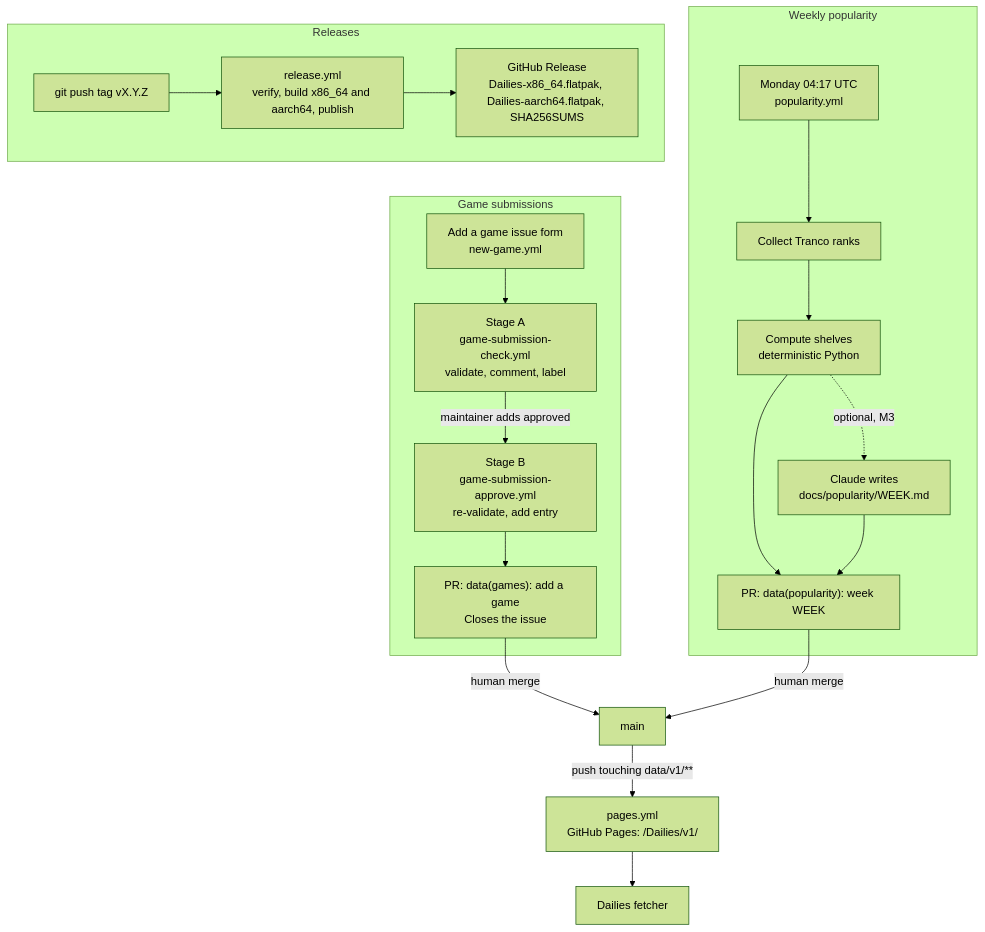
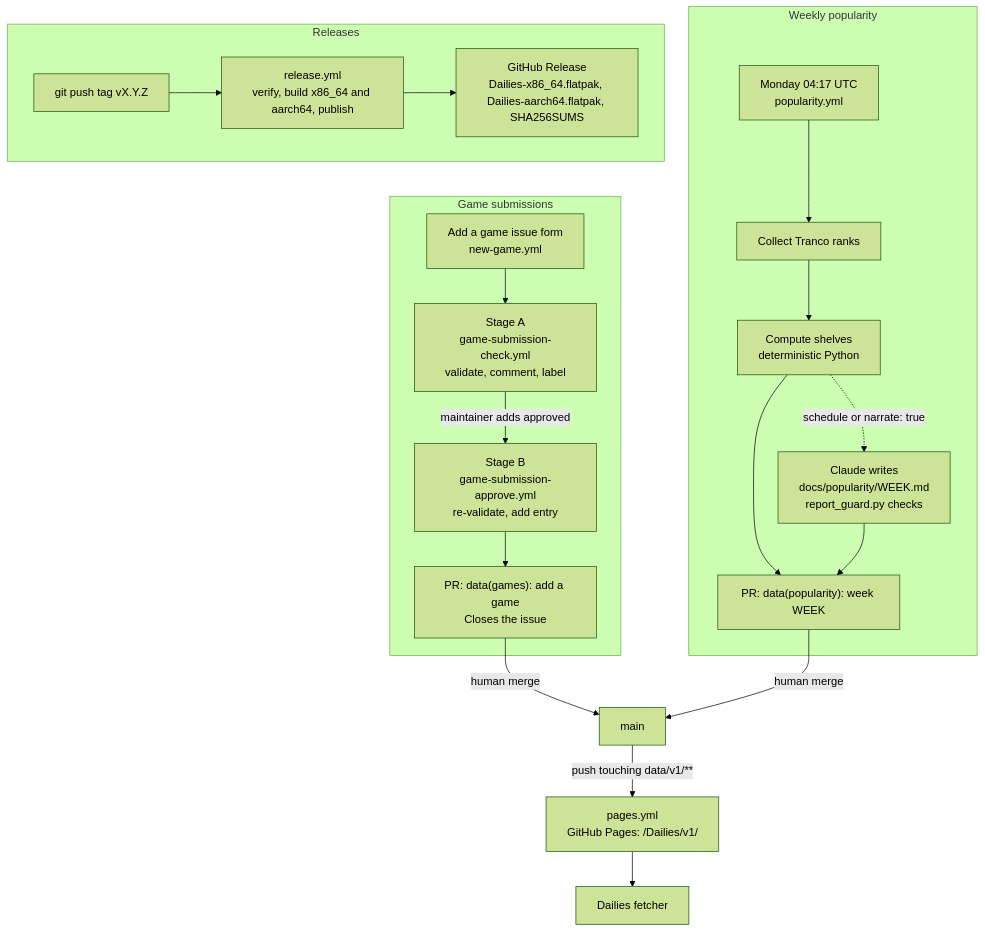
The second of 2 diagrams in docs/architecture.md (Tim-van-Oudheusden/Dailies), drawn with Mermaid (forest theme) before and after one commit. The commit also changed other lines of this file and 7 other files, not shown here.

````diff
--- a/docs/architecture.md
+++ b/docs/architecture.md
@@ -209,23 +209,23 @@
 ```mermaid
 flowchart TD
   subgraph submit["Game submissions"]
     FORM["Add a game issue form<br/>new-game.yml"] --> A["Stage A<br/>game-submission-check.yml<br/>validate, comment, label"]
     A -->|"maintainer adds approved"| B["Stage B<br/>game-submission-approve.yml<br/>re-validate, add entry"]
     B --> PR1["PR: data(games): add a game<br/>Closes the issue"]
   end
   subgraph weekly["Weekly popularity"]
     CRON["Monday 04:17 UTC<br/>popularity.yml"] --> COLLECT["Collect Tranco ranks"]
     COLLECT --> COMPUTE["Compute shelves<br/>deterministic Python"]
-    COMPUTE -.->|"optional, M3"| REPORT["Claude writes<br/>docs/popularity/WEEK.md"]
+    COMPUTE -.->|"schedule or narrate: true"| REPORT["Claude writes<br/>docs/popularity/WEEK.md<br/>report_guard.py checks"]
     COMPUTE --> PR2["PR: data(popularity): week WEEK"]
     REPORT --> PR2
   end
   PR1 -->|"human merge"| MAIN["main"]
   PR2 -->|"human merge"| MAIN
   MAIN -->|"push touching data/v1/**"| PAGES["pages.yml<br/>GitHub Pages: /Dailies/v1/"]
   PAGES --> APP["Dailies fetcher"]
   subgraph release["Releases"]
     TAG["git push tag vX.Y.Z"] --> REL["release.yml<br/>verify, build x86_64 and aarch64, publish"]
     REL --> ASSETS["GitHub Release<br/>Dailies-x86_64.flatpak, Dailies-aarch64.flatpak, SHA256SUMS"]
   end
 ```
````
